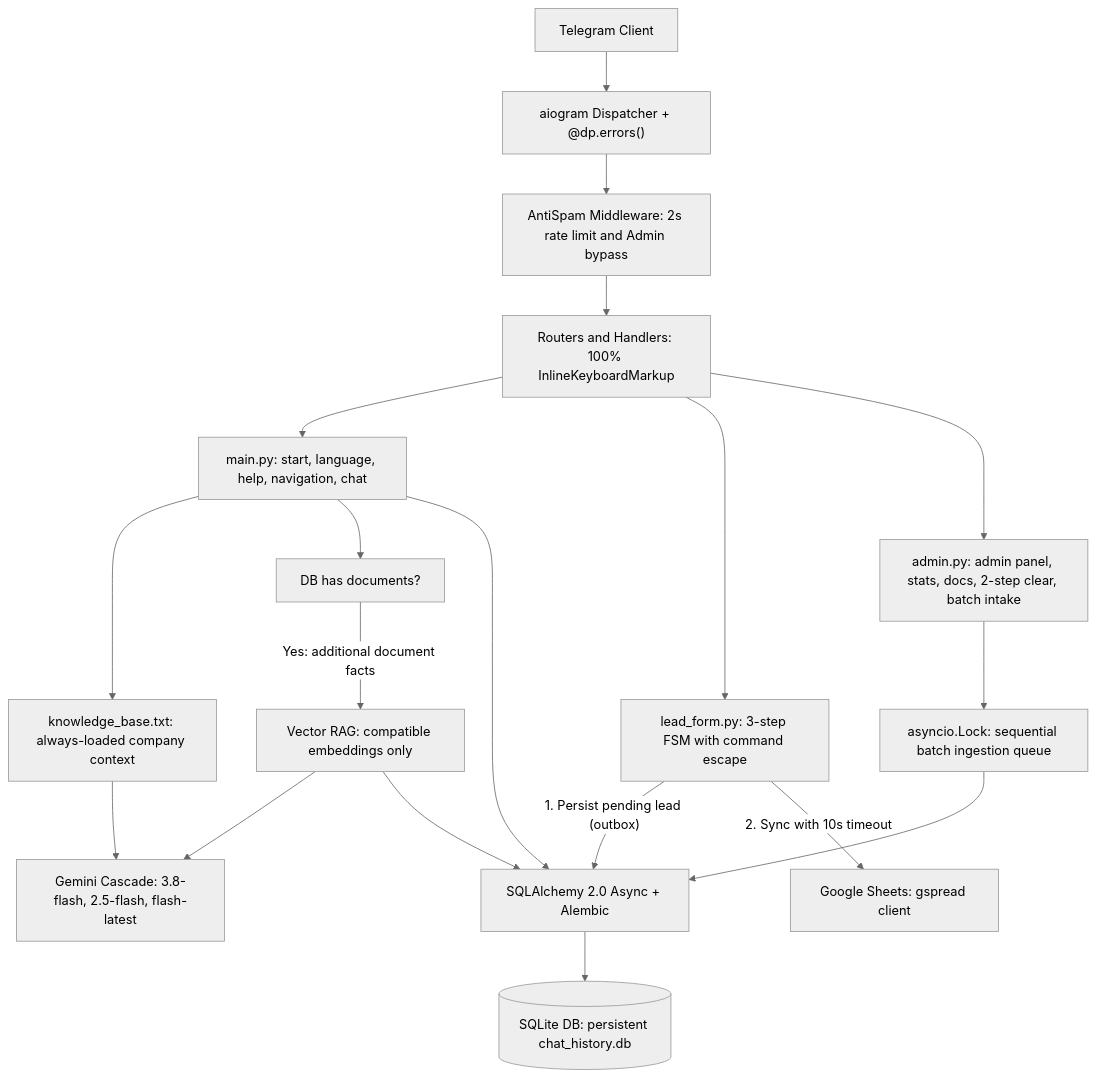
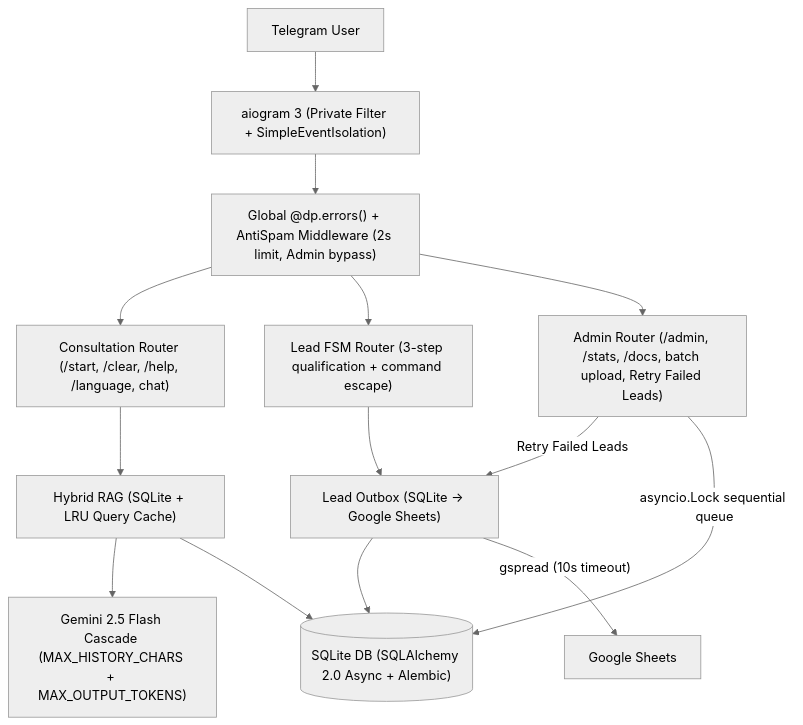
The first of 2 diagrams in README.md (Artem-462/ai_lead_bot), drawn with Mermaid (neutral theme) before and after one commit. The commit also changed other lines of this file and 4 other files, not shown here.

Commit message:
docs,ci: add ruff to CI, docker log rotation, healthcheck and architecture diagram in README

````diff
--- a/README.md
+++ b/README.md
@@ -33,24 +43,19 @@
 ```mermaid
 flowchart TD
-    Client["Telegram Client"] --> Dispatcher["aiogram Dispatcher + @dp.errors()"]
-    Dispatcher --> AntiSpam["AntiSpam Middleware: 2s rate limit and Admin bypass"]
-    AntiSpam --> Routers["Routers and Handlers: 100% InlineKeyboardMarkup"]
+    User["Telegram User"] --> Bot["aiogram 3 (Private Filter + SimpleEventIsolation)"]
+    Bot --> ErrorBoundary["Global @dp.errors() + AntiSpam Middleware (2s limit, Admin bypass)"]
 
-    Routers --> MainH["main.py: start, language, help, navigation, chat"]
-    Routers --> LeadH["lead_form.py: 3-step FSM with command escape"]
-    Routers --> AdminH["admin.py: admin panel, stats, docs, 2-step clear, batch intake"]
+    ErrorBoundary --> MainH["Consultation Router (/start, /clear, /help, /language, chat)"]
+    ErrorBoundary --> LeadH["Lead FSM Router (3-step qualification + command escape)"]
+    ErrorBoundary --> AdminH["Admin Router (/admin, /stats, /docs, batch upload, Retry Failed Leads)"]
 
-    MainH --> FlatKB["knowledge_base.txt: always-loaded company context"]
-    MainH --> RouteDecision["DB has documents?"]
-    RouteDecision -->|"Yes: additional document facts"| VectorRAG["Vector RAG: compatible embeddings only"]
-    FlatKB --> Gemini["Gemini Cascade: 3.8-flash, 2.5-flash, flash-latest"]
-    VectorRAG --> Gemini
+    MainH --> HybridRAG["Hybrid RAG (SQLite + LRU Query Cache)"]
+    HybridRAG --> Gemini["Gemini 2.5 Flash Cascade (MAX_HISTORY_CHARS + MAX_OUTPUT_TOKENS)"]
 
-    LeadH -->|"1. Persist pending lead (outbox)"| DB["SQLAlchemy 2.0 Async + Alembic"]
-    LeadH -->|"2. Sync with 10s timeout"| GSheets["Google Sheets: gspread client"]
-    AdminH --> BatchLock["asyncio.Lock: sequential batch ingestion queue"]
-    BatchLock --> DB
-    MainH --> DB
-    VectorRAG --> DB
-    DB --> Storage[("SQLite DB: persistent chat_history.db")]
+    LeadH --> Outbox["Lead Outbox (SQLite -> Google Sheets)"]
+    AdminH -->|"Retry Failed Leads"| Outbox
+    AdminH -->|"asyncio.Lock sequential queue"| DB[("SQLite DB (SQLAlchemy 2.0 Async + Alembic)")]
+    HybridRAG --> DB
+    Outbox --> DB
+    Outbox -->|"gspread (10s timeout)"| GSheets["Google Sheets"]
 ```
````
